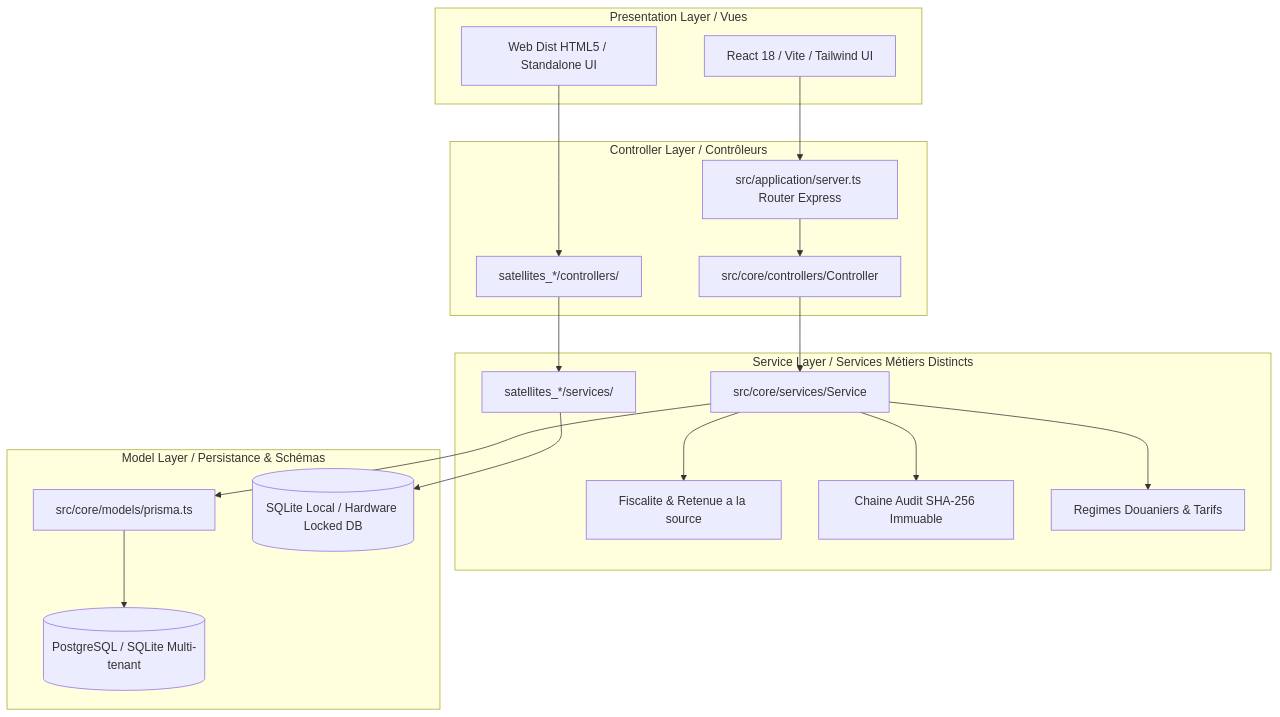
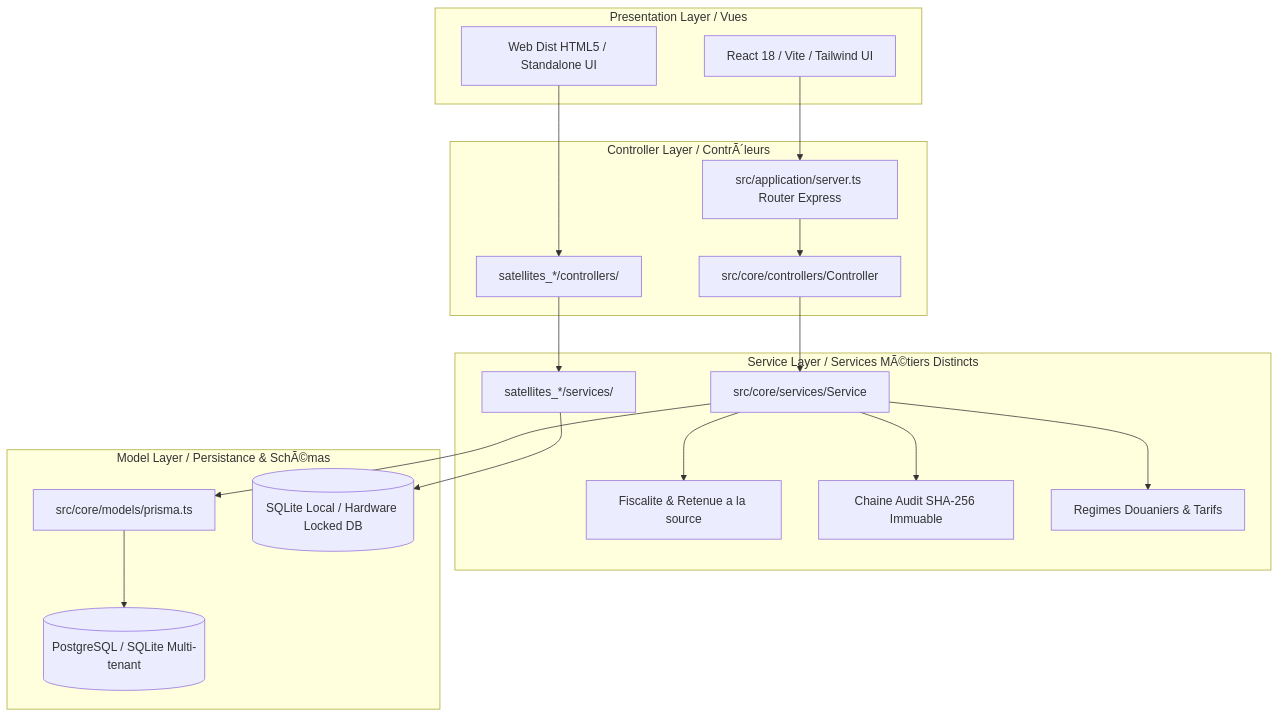
Before and after one commit to ounisikbal1-debug/erp_finance: the diagram in docs/ARCHITECTURE_MVC_SERVICES_SUITE.md, drawn with Mermaid. The commit also changed other lines of this file and 603 other files, not shown here.

````diff
--- a/docs/ARCHITECTURE_MVC_SERVICES_SUITE.md
+++ b/docs/ARCHITECTURE_MVC_SERVICES_SUITE.md
@@ -9,39 +9,39 @@
 ```mermaid
 graph TD
     subgraph Presentation_Layer [Presentation Layer / Vues]
         UI[React 18 / Vite / Tailwind UI]
         WebDist[Web Dist HTML5 / Standalone UI]
     end
 
-    subgraph Controller_Layer [Controller Layer / Contrôleurs]
+    subgraph Controller_Layer [Controller Layer / ContrÃ´leurs]
         API_Ctrl[src/core/controllers/<Module>Controller]
         Sat_Ctrl[satellites_*/controllers/]
         RouterExpress[src/application/server.ts Router Express]
     end
 
-    subgraph Service_Layer [Service Layer / Services Métiers Distincts]
+    subgraph Service_Layer [Service Layer / Services MÃ©tiers Distincts]
         CoreServices[src/core/services/<Module>Service]
         FiscalService[Fiscalite & Retenue a la source]
         AuditService[Chaine Audit SHA-256 Immuable]
         CustomsService[Regimes Douaniers & Tarifs]
         SatServices[satellites_*/services/]
     end
 
-    subgraph Model_Layer [Model Layer / Persistance & Schémas]
+    subgraph Model_Layer [Model Layer / Persistance & SchÃ©mas]
         PrismaModel[src/core/models/prisma.ts]
         PrismaClient[(PostgreSQL / SQLite Multi-tenant)]
         LocalDB[(SQLite Local / Hardware Locked DB)]
     end
 
     UI --> RouterExpress
     WebDist --> Sat_Ctrl
     RouterExpress --> API_Ctrl
     API_Ctrl --> CoreServices
     Sat_Ctrl --> SatServices
     CoreServices --> PrismaModel
     CoreServices --> FiscalService
     CoreServices --> AuditService
     CoreServices --> CustomsService
     SatServices --> LocalDB
     PrismaModel --> PrismaClient
 ```
````
